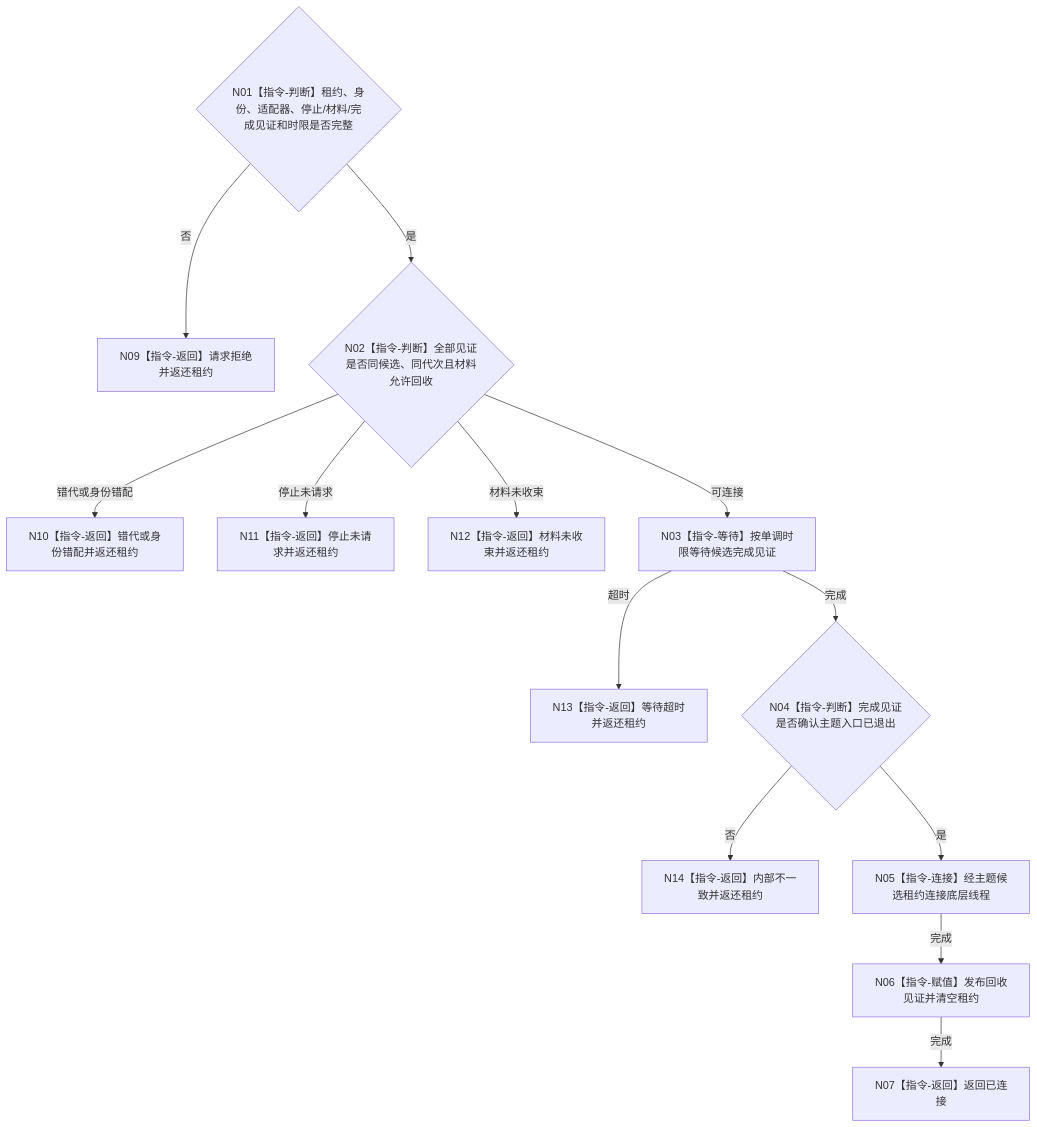
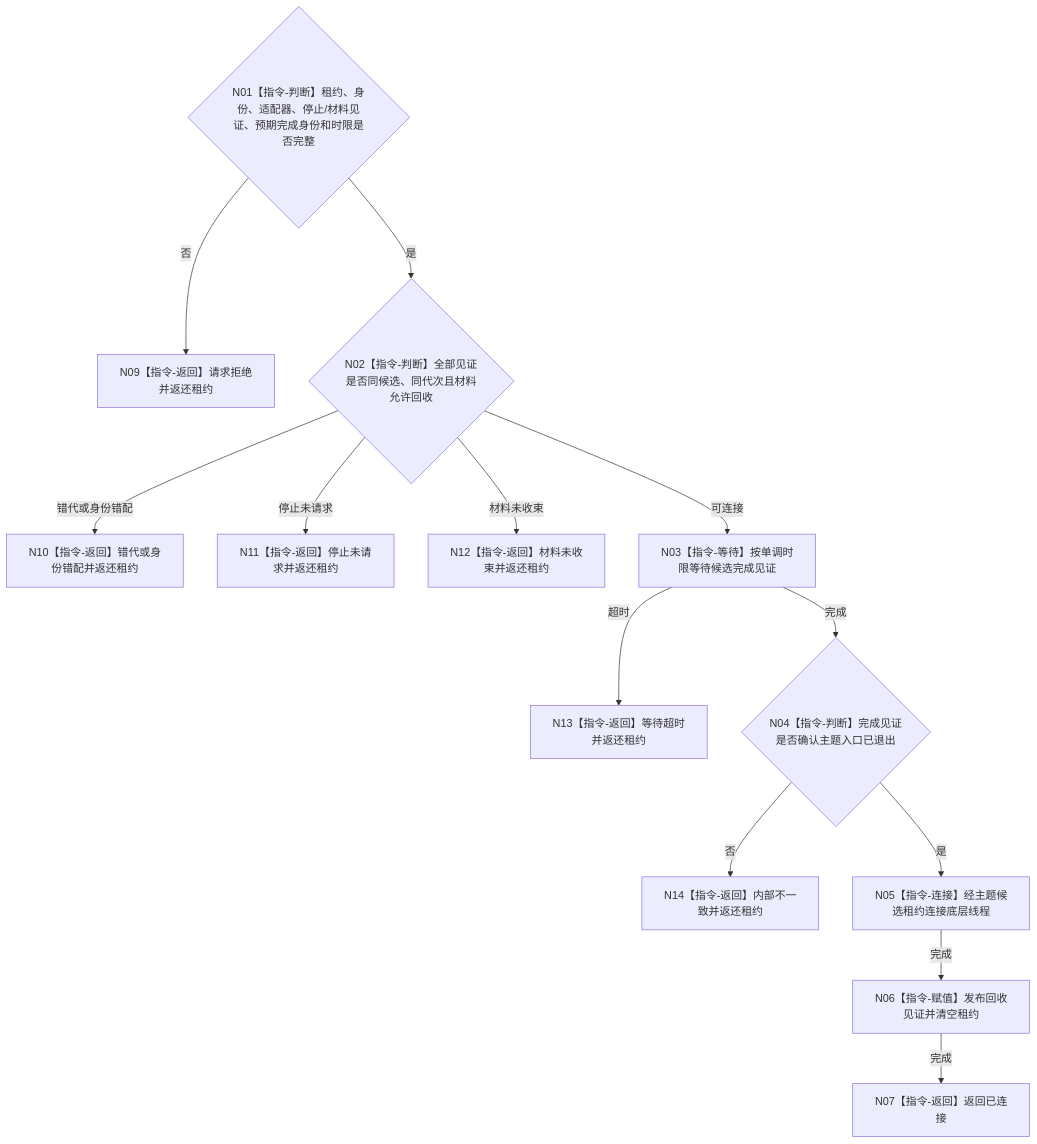
The diagram in 流程图/目标业务流程图/L4/BIZ-L4-001-07-02-03_连接一个外设线程候选_目标函数流程图_v0.1.md (chunhaizh-cyber/HY-Ego), drawn with Mermaid before and after one commit. The commit also changed other lines of this file and 17 other files, not shown here.

````diff
--- a/流程图/目标业务流程图/L4/BIZ-L4-001-07-02-03_连接一个外设线程候选_目标函数流程图_v0.1.md
+++ b/流程图/目标业务流程图/L4/BIZ-L4-001-07-02-03_连接一个外设线程候选_目标函数流程图_v0.1.md
@@ -30,15 +30,15 @@
 ```mermaid
 flowchart TD
- N01{"N01【指令-判断】租约、身份、适配器、停止/材料/完成见证和时限是否完整"} -->|否| N09["N09【指令-返回】请求拒绝并返还租约"]
+ N01{"N01【指令-判断】租约、身份、适配器、停止/材料见证、预期完成身份和时限是否完整"} -->|否| N09["N09【指令-返回】请求拒绝并返还租约"]
  N01 -->|是| N02{"N02【指令-判断】全部见证是否同候选、同代次且材料允许回收"}
  N02 -->|错代或身份错配| N10["N10【指令-返回】错代或身份错配并返还租约"]
  N02 -->|停止未请求| N11["N11【指令-返回】停止未请求并返还租约"]
  N02 -->|材料未收束| N12["N12【指令-返回】材料未收束并返还租约"]
  N02 -->|可连接| N03["N03【指令-等待】按单调时限等待候选完成见证"]
  N03 -->|超时| N13["N13【指令-返回】等待超时并返还租约"]
  N03 -->|完成| N04{"N04【指令-判断】完成见证是否确认主题入口已退出"}
  N04 -->|否| N14["N14【指令-返回】内部不一致并返还租约"]
  N04 -->|是| N05["N05【指令-连接】经主题候选租约连接底层线程"]
  N05 -->|完成| N06["N06【指令-赋值】发布回收见证并清空租约"]
  N06 -->|完成| N07["N07【指令-返回】返回已连接"]
 ```
````
